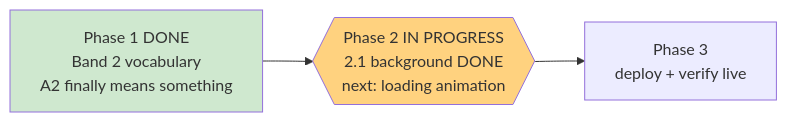
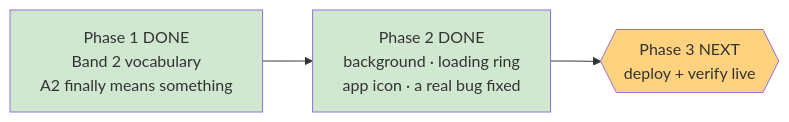
The diagram in .oplan/band2-and-polish/STATUS.md (dkreinov/magic-clinic-english), drawn with Mermaid before and after one commit. The commit also changed other lines of this file and 4 other files, not shown here.

````diff
--- a/.oplan/band2-and-polish/STATUS.md
+++ b/.oplan/band2-and-polish/STATUS.md
@@ -10,8 +10,9 @@
 ```mermaid
 flowchart LR
     P1[Phase 1 DONE<br/>Band 2 vocabulary<br/>A2 finally means something] --> P2
-    P2{{Phase 2 IN PROGRESS<br/>2.1 background DONE<br/>next: loading animation}}
-    P2 --> P3[Phase 3<br/>deploy + verify live]
+    P2[Phase 2 DONE<br/>background · loading ring<br/>app icon · a real bug fixed] --> P3
+    P3{{Phase 3 NEXT<br/>deploy + verify live}}
     style P1 fill:#cfe8cf
-    style P2 fill:#ffd27f
+    style P2 fill:#cfe8cf
+    style P3 fill:#ffd27f
 ```
````
